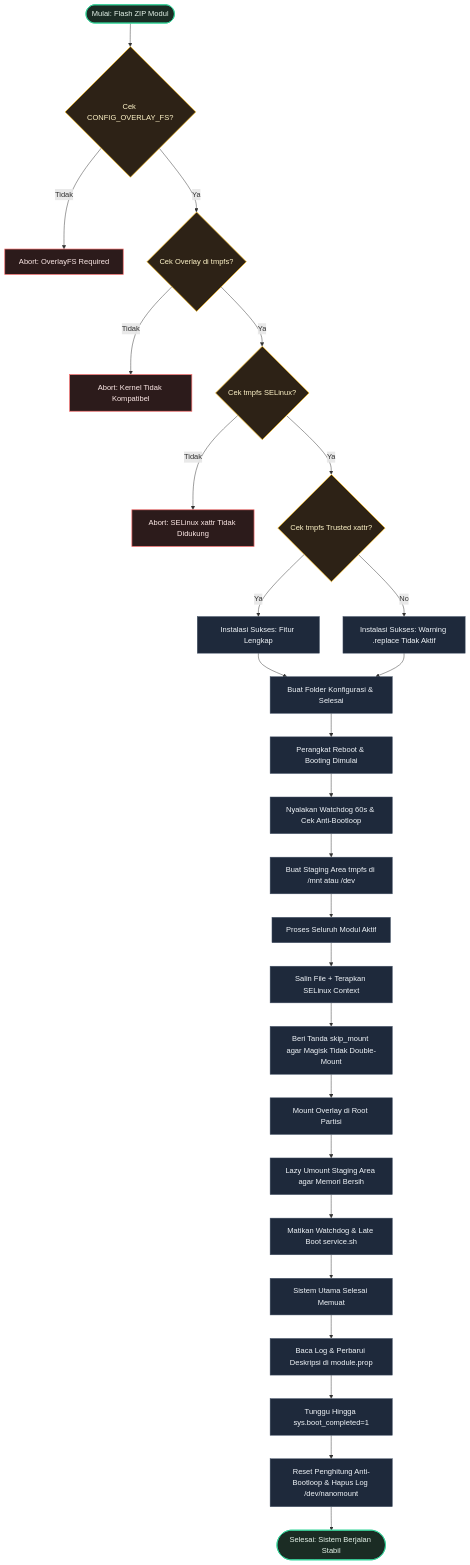
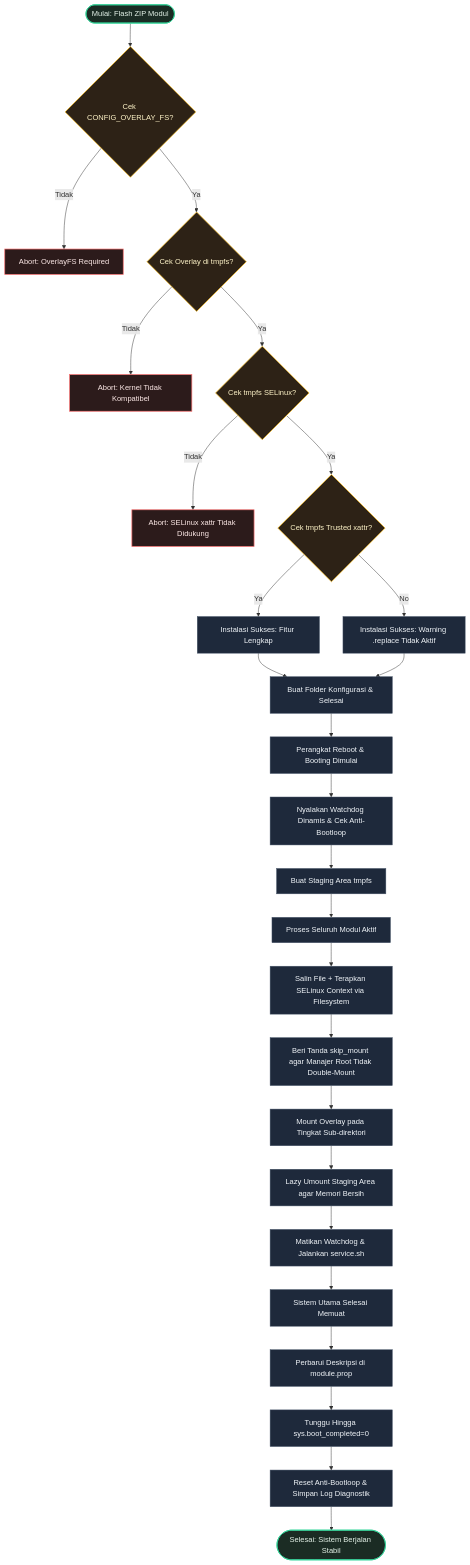
One commit to dyokism/NanoMount changed the diagram in README.id.md. Above: the diagram before and after it, drawn with Mermaid. The commit also changed other lines of this file and 11 other files, not shown here.

````diff
--- a/README.id.md
+++ b/README.id.md
@@ -90,44 +85,44 @@
 ```mermaid
 flowchart TD
     FlashZip([Mulai: Flash ZIP Modul]) --> CheckOverlay{Cek CONFIG_OVERLAY_FS?}
     CheckOverlay -- Tidak --> AbortOverlay[Abort: OverlayFS Required]
     CheckOverlay -- Ya --> CheckTmpfsBackend{Cek Overlay di tmpfs?}
     
     CheckTmpfsBackend -- Tidak --> AbortTmpfsBackend[Abort: Kernel Tidak Kompatibel]
     CheckTmpfsBackend -- Ya --> CheckSELinux{Cek tmpfs SELinux?}
     
     CheckSELinux -- Tidak --> AbortSELinux[Abort: SELinux xattr Tidak Didukung]
     CheckSELinux -- Ya --> CheckTrusted{Cek tmpfs Trusted xattr?}
     
     CheckTrusted -- Ya --> FullMode[Instalasi Sukses: Fitur Lengkap]
     CheckTrusted -- No --> PureMode[Instalasi Sukses: Warning .replace Tidak Aktif]
     
     FullMode & PureMode --> ConfigSetup[Buat Folder Konfigurasi & Selesai]
     ConfigSetup --> BootStart[Perangkat Reboot & Booting Dimulai]
     
-    BootStart --> WatchdogStart[Nyalakan Watchdog 60s & Cek Anti-Bootloop]
-    WatchdogStart --> StagingCreate[Buat Staging Area tmpfs di /mnt atau /dev]
+    BootStart --> WatchdogStart[Nyalakan Watchdog Dinamis & Cek Anti-Bootloop]
+    WatchdogStart --> StagingCreate[Buat Staging Area tmpfs]
     StagingCreate --> ProcessModules[Proses Seluruh Modul Aktif]
-    ProcessModules --> CopyFiles[Salin File + Terapkan SELinux Context]
-    CopyFiles --> SkipMount[Beri Tanda skip_mount agar Magisk Tidak Double-Mount]
-    SkipMount --> MountOverlay[Mount Overlay di Root Partisi]
+    ProcessModules --> CopyFiles[Salin File + Terapkan SELinux Context via Filesystem]
+    CopyFiles --> SkipMount[Beri Tanda skip_mount agar Manajer Root Tidak Double-Mount]
+    SkipMount --> MountOverlay[Mount Overlay pada Tingkat Sub-direktori]
     MountOverlay --> CleanStaging[Lazy Umount Staging Area agar Memori Bersih]
-    CleanStaging --> WatchdogStop[Matikan Watchdog & Late Boot service.sh]
+    CleanStaging --> WatchdogStop[Matikan Watchdog & Jalankan service.sh]
     
     WatchdogStop --> UILoaded[Sistem Utama Selesai Memuat]
-    UILoaded --> UpdateProp[Baca Log & Perbarui Deskripsi di module.prop]
-    UpdateProp --> WaitBoot[Tunggu Hingga sys.boot_completed=1]
-    WaitBoot --> ResetAntiBoot[Reset Penghitung Anti-Bootloop & Hapus Log /dev/nanomount]
+    UILoaded --> UpdateProp[Perbarui Deskripsi di module.prop]
+    UpdateProp --> WaitBoot[Tunggu Hingga sys.boot_completed=0]
+    WaitBoot --> ResetAntiBoot[Reset Anti-Bootloop & Simpan Log Diagnostik]
     ResetAntiBoot --> Finished([Selesai: Sistem Berjalan Stabil])
 
     %% Kustomisasi Tampilan dan Warna (Tema Gelap Ultra-Redup)
     classDef startEnd fill:#1b2c24,stroke:#34d399,stroke-width:1.5px,color:#e6f4ea;
     classDef fail fill:#2c1b1b,stroke:#f87171,stroke-width:1.5px,color:#fce8e6;
     classDef decision fill:#2d2216,stroke:#fbbf24,stroke-width:1.5px,color:#fef3c7;
     classDef process fill:#1e293b,stroke:#475569,stroke-width:1px,color:#f1f5f9;
     
     class FlashZip,Finished startEnd;
     class AbortOverlay,AbortTmpfsBackend,AbortSELinux fail;
     class CheckOverlay,CheckTmpfsBackend,CheckSELinux,CheckTrusted decision;
     class FullMode,PureMode,ConfigSetup,BootStart,WatchdogStart,StagingCreate,ProcessModules,CopyFiles,SkipMount,MountOverlay,CleanStaging,WatchdogStop,UILoaded,UpdateProp,WaitBoot,ResetAntiBoot process;
 ```
````
